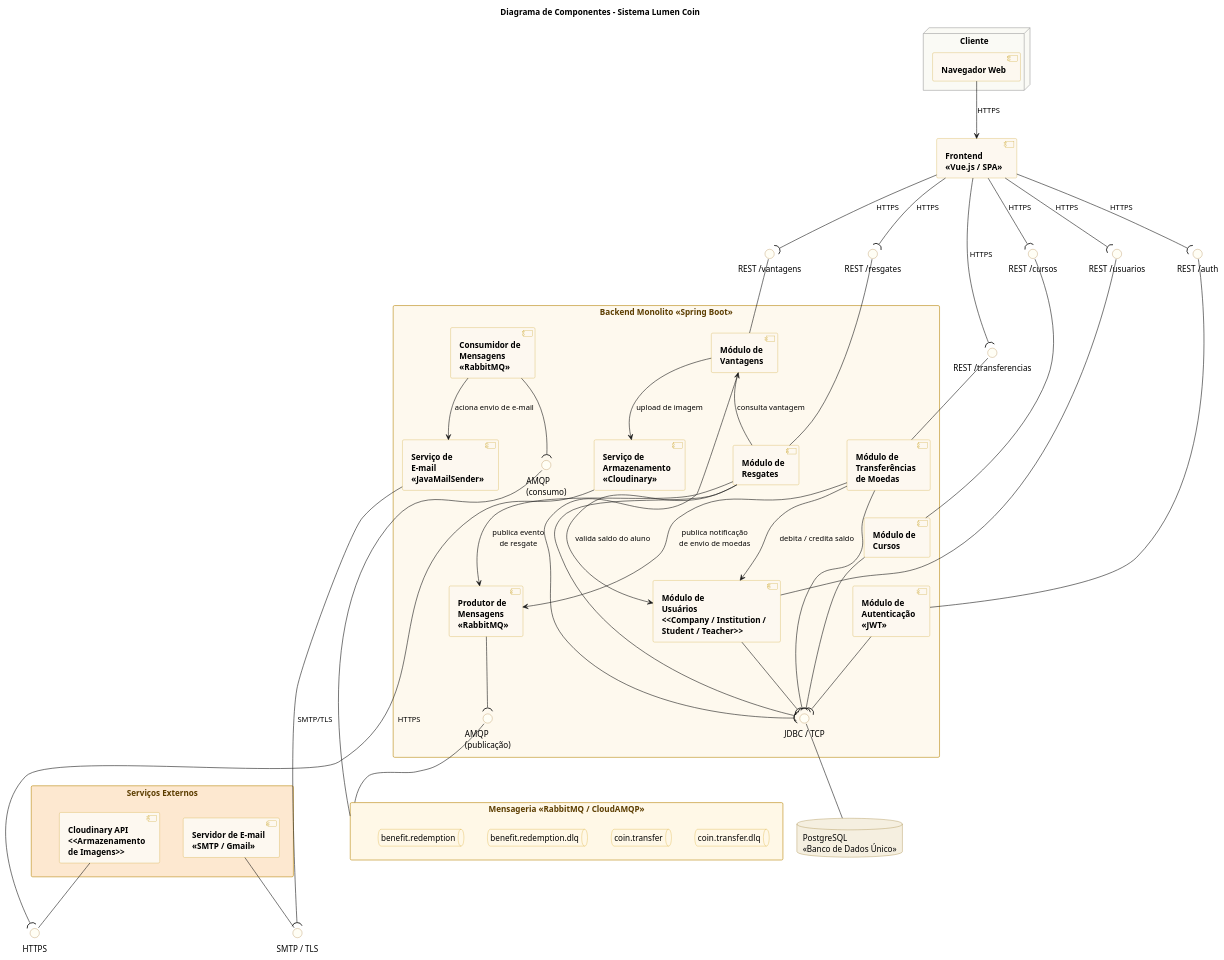
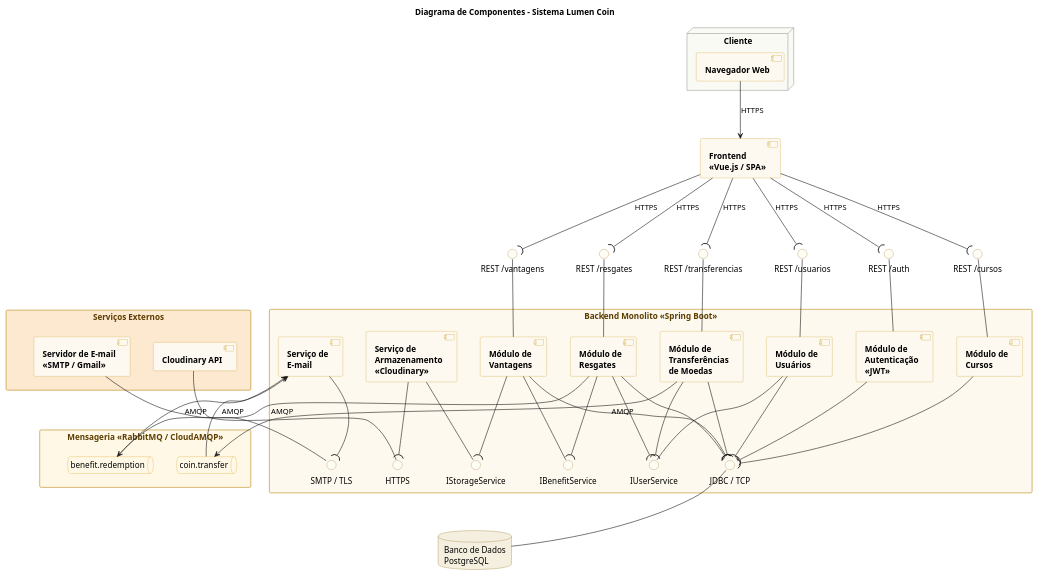
The diagram in docs/diagrams/component-diagram/source/component-diagram.puml (arturbomtempo-dev/lumen-coin), drawn with PlantUML before and after one commit. The commit also changed 1 other file, not shown here.

Commit message:
chore: update diagrams

```diff
--- a/docs/diagrams/component-diagram/source/component-diagram.puml
+++ b/docs/diagrams/component-diagram/source/component-diagram.puml
@@ -1,162 +1,142 @@
 @startuml component-diagram
 
 title Diagrama de Componentes - Sistema Lumen Coin
 
 skinparam nodesep 40
 skinparam ranksep 80
 
 skinparam component {
   BackgroundColor #FDF8F0
   BorderColor #C9A227
   FontStyle bold
 }
 
 skinparam database {
   BackgroundColor #F5EFE0
   BorderColor #8B6914
 }
 
 skinparam interface {
   BackgroundColor #FFFEF5
   BorderColor #A0722A
 }
 
 skinparam queue {
   BackgroundColor #FFF8E7
   BorderColor #D4A017
 }
 
 skinparam rectangle {
   BorderColor #B8860B
   FontColor #5C3D00
 }
 
 skinparam node {
   BackgroundColor #FAFAF5
   BorderColor #9E9E9E
 }
 
-' ===== CLIENTE =====
 node "Cliente" {
   [Navegador Web] as WEB
 }
 
-' ===== FRONTEND =====
 [Frontend\n<<Vue.js / SPA>>] as FRONT
 
 WEB --> FRONT : HTTPS
 
-' ===== INTERFACES REST (fornecidas pelo backend, requeridas pelo frontend) =====
-interface "REST /auth"          as iAUTH
-interface "REST /usuarios"      as iUSERS
-interface "REST /vantagens"     as iBENEFITS
-interface "REST /resgates"      as iREDEMPTIONS
+interface "REST /auth"           as iAUTH
+interface "REST /usuarios"       as iUSERS
+interface "REST /vantagens"      as iBENEFITS
+interface "REST /resgates"       as iREDEMPTIONS
 interface "REST /transferencias" as iCOINS
-interface "REST /cursos"        as iCOURSES
+interface "REST /cursos"         as iCOURSES
 
 FRONT --( iAUTH          : HTTPS
 FRONT --( iUSERS         : HTTPS
 FRONT --( iBENEFITS      : HTTPS
 FRONT --( iREDEMPTIONS   : HTTPS
 FRONT --( iCOINS         : HTTPS
 FRONT --( iCOURSES       : HTTPS
 
-' ===== BACKEND MONOLITO =====
 rectangle "Backend Monolito <<Spring Boot>>" as MONOLITH #FEF9EE {
 
-  ' --- Módulos de Domínio ---
-  [Módulo de\nAutenticação\n<<JWT>>]                           as AUTH
-  [Módulo de\nUsuários\n<<Company / Institution /\nStudent / Teacher>>] as USERS
-  [Módulo de\nVantagens]                                       as BENEFITS
-  [Módulo de\nResgates]                                        as REDEMPTIONS
-  [Módulo de\nTransferências\nde Moedas]                       as COINS
-  [Módulo de\nCursos]                                          as COURSES
+  [Módulo de\nAutenticação\n<<JWT>>]                                    as AUTH
+  [Módulo de\nUsuários] as USERS
+  [Módulo de\nVantagens]                                                as BENEFITS
+  [Módulo de\nResgates]                                                 as REDEMPTIONS
+  [Módulo de\nTransferências\nde Moedas]                                as COINS
+  [Módulo de\nCursos]                                                   as COURSES
 
-  ' --- Interfaces fornecidas (lollipop) ---
+  [Serviço de\nArmazenamento\n<<Cloudinary>>] as STORAGE
+  [Serviço de\nE-mail]    as EMAIL_SVC
+
   AUTH        -up- iAUTH
   USERS       -up- iUSERS
   BENEFITS    -up- iBENEFITS
   REDEMPTIONS -up- iREDEMPTIONS
   COINS       -up- iCOINS
   COURSES     -up- iCOURSES
 
-  ' --- Serviços Internos Compartilhados ---
-  [Serviço de\nArmazenamento\n<<Cloudinary>>] as STORAGE
-  [Serviço de\nE-mail\n<<JavaMailSender>>]    as EMAIL_SVC
-  [Produtor de\nMensagens\n<<RabbitMQ>>]      as PRODUCER
-  [Consumidor de\nMensagens\n<<RabbitMQ>>]    as CONSUMER
+  interface "IUserService" as iUSER_SVC
+  USERS       -- iUSER_SVC
+  REDEMPTIONS --( iUSER_SVC
+  COINS       --( iUSER_SVC
 
-  ' --- Dependências entre módulos e serviços ---
-  BENEFITS    --> STORAGE  : upload de imagem
-  COINS       --> PRODUCER : publica notificação\nde envio de moedas
-  REDEMPTIONS --> PRODUCER : publica evento\nde resgate
-  CONSUMER    --> EMAIL_SVC : aciona envio de e-mail
+  interface "IBenefitService" as iBENEFIT_SVC
+  BENEFITS    -- iBENEFIT_SVC
+  REDEMPTIONS --( iBENEFIT_SVC
 
-  REDEMPTIONS --> BENEFITS : consulta vantagem
-  REDEMPTIONS --> USERS    : valida saldo do aluno
-  COINS       --> USERS    : debita / credita saldo
+  interface "IStorageService" as iSTORAGE_SVC
+  STORAGE     -- iSTORAGE_SVC
+  BENEFITS    --( iSTORAGE_SVC
 
-  ' --- Interfaces requeridas: Banco de Dados ---
   interface "JDBC / TCP" as iDB
   AUTH        --( iDB
   USERS       --( iDB
   BENEFITS    --( iDB
   REDEMPTIONS --( iDB
   COINS       --( iDB
   COURSES     --( iDB
 
-  ' --- Interfaces requeridas: Mensageria (AMQP) ---
-  interface "AMQP\n(publicação)" as iAMQP_PUB
-  interface "AMQP\n(consumo)"    as iAMQP_SUB
-  PRODUCER --( iAMQP_PUB
-  CONSUMER --( iAMQP_SUB
+  interface "HTTPS"      as iCLOUD
+  interface "SMTP / TLS" as iSMTP
+  STORAGE   --( iCLOUD
+  EMAIL_SVC --( iSMTP
 
-  ' --- Layout dos módulos de domínio ---
   AUTH        -[hidden]right- USERS
   USERS       -[hidden]right- BENEFITS
   BENEFITS    -[hidden]right- REDEMPTIONS
   REDEMPTIONS -[hidden]right- COINS
   COINS       -[hidden]right- COURSES
 }
 
-' ===== INTERFACES REQUERIDAS: SERVIÇOS EXTERNOS =====
-interface "HTTPS" as iCLOUD
-interface "SMTP / TLS" as iSMTP
-
-STORAGE   --( iCLOUD : HTTPS
-EMAIL_SVC --( iSMTP  : SMTP/TLS
-
-' ===== BANCO DE DADOS (único) =====
-database "PostgreSQL\n<<Banco de Dados Único>>" as DB
+database "Banco de Dados\nPostgreSQL" as DB
 iDB -down- DB
 
-' ===== MENSAGERIA =====
 rectangle "Mensageria <<RabbitMQ / CloudAMQP>>" as MQ #FFF8E7 {
-  queue "coin.transfer"          as Q_COIN
-  queue "coin.transfer.dlq"      as Q_COIN_DLQ
-  queue "benefit.redemption"     as Q_BENEFIT
-  queue "benefit.redemption.dlq" as Q_BENEFIT_DLQ
+  queue "coin.transfer"      as Q_COIN
+  queue "benefit.redemption" as Q_BENEFIT
 
-  Q_COIN    -[hidden]right- Q_COIN_DLQ
-  Q_BENEFIT -[hidden]right- Q_BENEFIT_DLQ
+  Q_COIN -[hidden]right- Q_BENEFIT
 }
 
-iAMQP_PUB -- MQ
-MQ         -- iAMQP_SUB
+COINS       --> Q_COIN    : AMQP
+REDEMPTIONS --> Q_BENEFIT : AMQP
 
-' ===== SERVIÇOS EXTERNOS =====
+Q_COIN    --> EMAIL_SVC : AMQP
+Q_BENEFIT --> EMAIL_SVC : AMQP
+
 rectangle "Serviços Externos" as EXT #FDE8D0 {
-  [Cloudinary API\n<<Armazenamento\nde Imagens>>] as CLOUDINARY
+  [Cloudinary API] as CLOUDINARY
   [Servidor de E-mail\n<<SMTP / Gmail>>]          as SMTP_SVC
 
   CLOUDINARY -[hidden]right- SMTP_SVC
 }
 
 CLOUDINARY -- iCLOUD
 SMTP_SVC   -- iSMTP
 
-' ===== LAYOUT GERAL =====
 DB  -[hidden]right- MQ
 MQ  -[hidden]right- EXT
 
 @enduml
```
